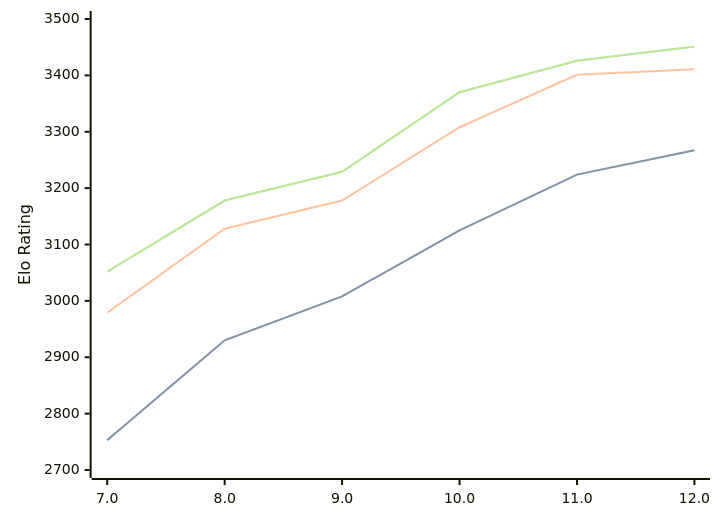
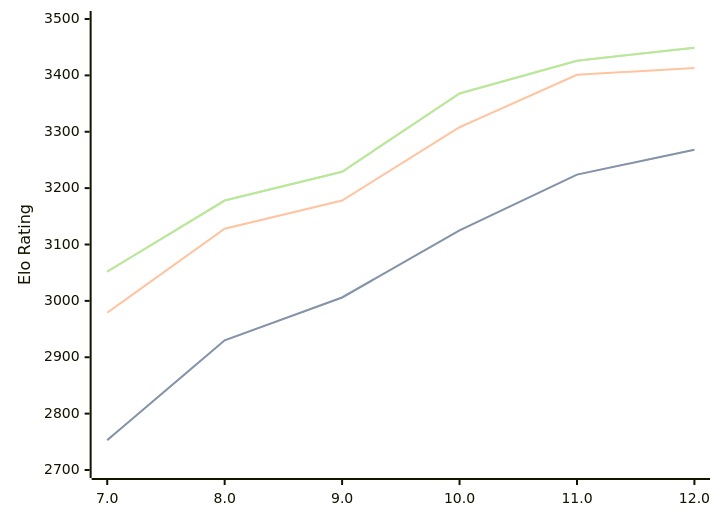
Before and after one commit to computer-chess-index/cci: the third of 3 diagrams in engines/Tcheran.md, drawn with Mermaid. The commit also changed other lines of this file, not shown here.

Commit message:
Update CCI Ratings (ELO VLTC) - 2026-06-20

````diff
--- a/engines/Tcheran.md
+++ b/engines/Tcheran.md
@@ -83,11 +83,11 @@
 ```mermaid
 %%{init: {"theme":"base","themeVariables":{"seriesColors:['#a3a3a3','#222221','#faa371']}}}%%
 xychart-beta
   x-axis ["7.0", "8.0", "9.0", "10.0", "11.0", "12.0"]
   y-axis "Elo Rating" 2700 --> 3500
-  line "STC (8.0+0.08s)" [2753, 2930, 3008, 3125, 3224, 3267]
-  line "STC (8.0+0.08s)" [2753, 2930, 3008, 3125, 3224, 3267]
-  line "LTC (60.0+0.60s)" [2979, 3128, 3178, 3308, 3401, 3411]
-  line "VLTC (2m24s+1.12s)" [3052, 3178, 3229, 3370, 3426, 3451]
-  line "VLTC (2m24s+1.12s)" [3052, 3178, 3229, 3370, 3426, 3451]
+  line "STC (8.0+0.08s)" [2753, 2930, 3006, 3125, 3224, 3268]
+  line "STC (8.0+0.08s)" [2753, 2930, 3006, 3125, 3224, 3268]
+  line "LTC (60.0+0.60s)" [2979, 3128, 3178, 3308, 3401, 3413]
+  line "VLTC (2m24s+1.12s)" [3052, 3178, 3229, 3368, 3426, 3449]
+  line "VLTC (2m24s+1.12s)" [3052, 3178, 3229, 3368, 3426, 3449]
 ```
````
